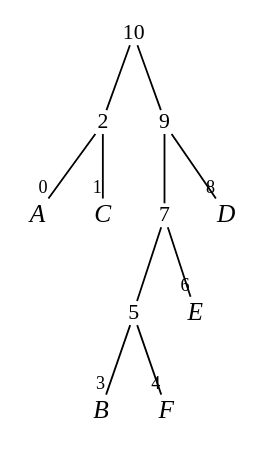
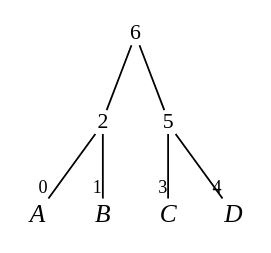
The diagram in output/sample_vtree.dot (Soichi-Utsunomiya/FTA-by-SDD), drawn with Graphviz before and after one commit. The commit also changed 10 other files, not shown here.

```diff
--- a/output/sample_vtree.dot
+++ b/output/sample_vtree.dot
@@ -1,29 +1,21 @@
 
 digraph vtree {
 
 overlap=false
 
-n10 [label="10",fontname="Times",shape="plaintext",fontsize=12,fixedsize=true,width=.2,height=.18]; 
+n6 [label="6",fontname="Times",shape="plaintext",fontsize=12,fixedsize=true,width=.2,height=.18]; 
 n2 [label="2",fontname="Times",shape="plaintext",fontsize=12,fixedsize=true,width=.2,height=.18]; 
 n0 [label="A",fontname="Times-Italic",fontsize=14,shape="plaintext",fixedsize=true,width=.25,height=.25]; 
-n1 [label="C",fontname="Times-Italic",fontsize=14,shape="plaintext",fixedsize=true,width=.25,height=.25]; 
-n9 [label="9",fontname="Times",shape="plaintext",fontsize=12,fixedsize=true,width=.2,height=.18]; 
-n7 [label="7",fontname="Times",shape="plaintext",fontsize=12,fixedsize=true,width=.2,height=.18]; 
+n1 [label="B",fontname="Times-Italic",fontsize=14,shape="plaintext",fixedsize=true,width=.25,height=.25]; 
 n5 [label="5",fontname="Times",shape="plaintext",fontsize=12,fixedsize=true,width=.2,height=.18]; 
-n3 [label="B",fontname="Times-Italic",fontsize=14,shape="plaintext",fixedsize=true,width=.25,height=.25]; 
-n4 [label="F",fontname="Times-Italic",fontsize=14,shape="plaintext",fixedsize=true,width=.25,height=.25]; 
-n6 [label="E",fontname="Times-Italic",fontsize=14,shape="plaintext",fixedsize=true,width=.25,height=.25]; 
-n8 [label="D",fontname="Times-Italic",fontsize=14,shape="plaintext",fixedsize=true,width=.25,height=.25]; 
-n10->n2 [arrowhead=none];
+n3 [label="C",fontname="Times-Italic",fontsize=14,shape="plaintext",fixedsize=true,width=.25,height=.25]; 
+n4 [label="D",fontname="Times-Italic",fontsize=14,shape="plaintext",fixedsize=true,width=.25,height=.25]; 
+n6->n2 [arrowhead=none];
 n2->n0 [headclip=true,arrowhead=none,headlabel="0",labelfontname="Times",labelfontsize=10];
 n2->n1 [headclip=true,arrowhead=none,headlabel="1",labelfontname="Times",labelfontsize=10];
-n10->n9 [arrowhead=none];
-n9->n7 [arrowhead=none];
-n7->n5 [arrowhead=none];
+n6->n5 [arrowhead=none];
 n5->n3 [headclip=true,arrowhead=none,headlabel="3",labelfontname="Times",labelfontsize=10];
 n5->n4 [headclip=true,arrowhead=none,headlabel="4",labelfontname="Times",labelfontsize=10];
-n7->n6 [headclip=true,arrowhead=none,headlabel="6",labelfontname="Times",labelfontsize=10];
-n9->n8 [headclip=true,arrowhead=none,headlabel="8",labelfontname="Times",labelfontsize=10];
 
 
 }
```
